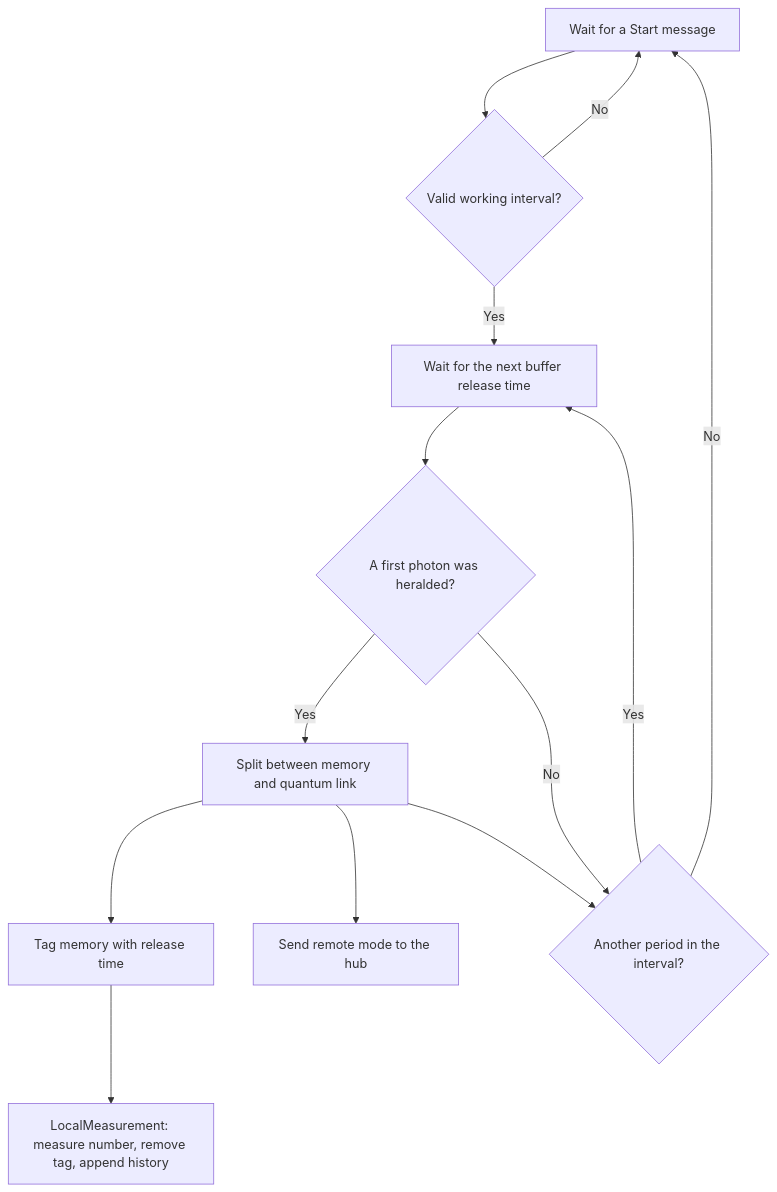
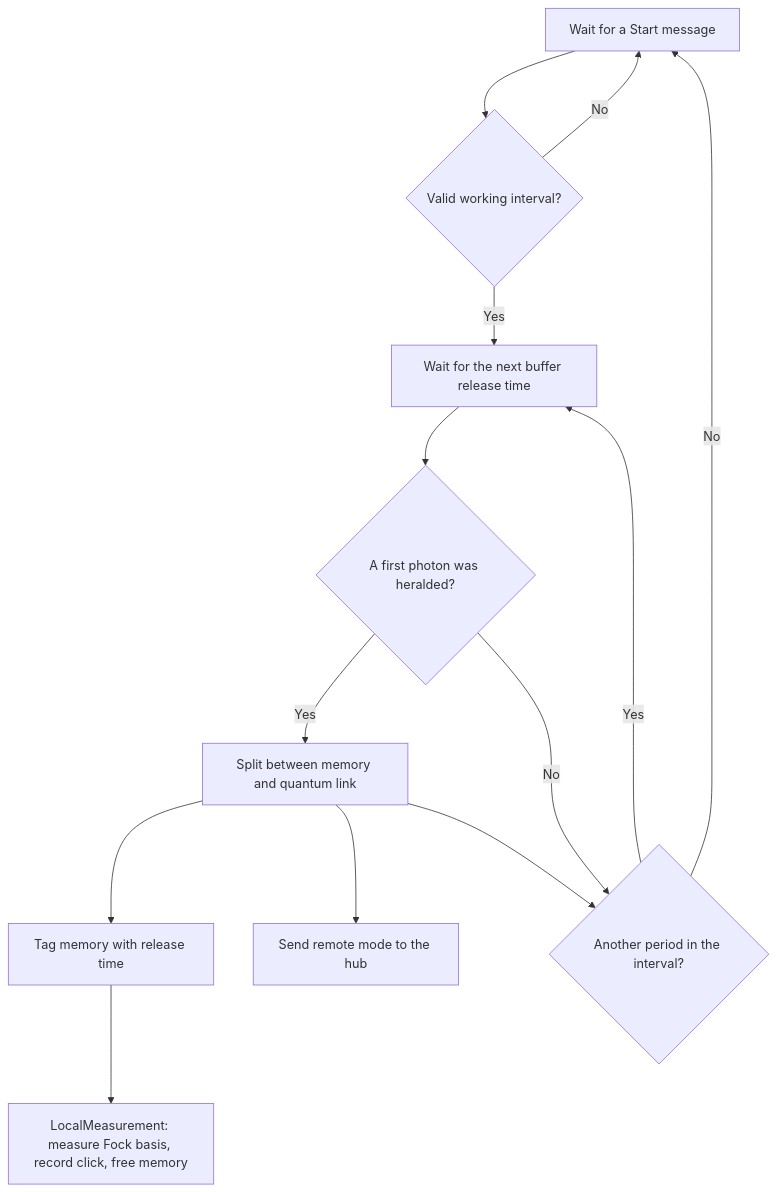
Before and after one commit to QuantumSavory/QuantumSavory.jl: the first of 2 diagrams in examples/aspen_net/README.md, drawn with Mermaid. The commit also changed other lines of this file and 6 other files, not shown here.

````diff
--- a/examples/aspen_net/README.md
+++ b/examples/aspen_net/README.md
@@ -29,15 +36,15 @@
 ```mermaid
 flowchart TD
     Start[Wait for a Start message] --> Valid{Valid working interval?}
     Valid -->|No| Start
     Valid -->|Yes| Buffer[Wait for the next buffer release time]
     Buffer --> Photon{A first photon was heralded?}
     Photon -->|Yes| Split[Split between memory and quantum link]
     Split --> Local[Tag memory with release time]
-    Local --> Measure[LocalMeasurement: measure number, remove tag, append history]
+    Local --> Measure[LocalMeasurement: measure Fock basis, record click, free memory]
     Split --> Send[Send remote mode to the hub]
     Photon -->|No| Next{Another period in the interval?}
     Split --> Next
     Next -->|Yes| Buffer
     Next -->|No| Start
 ```
````
